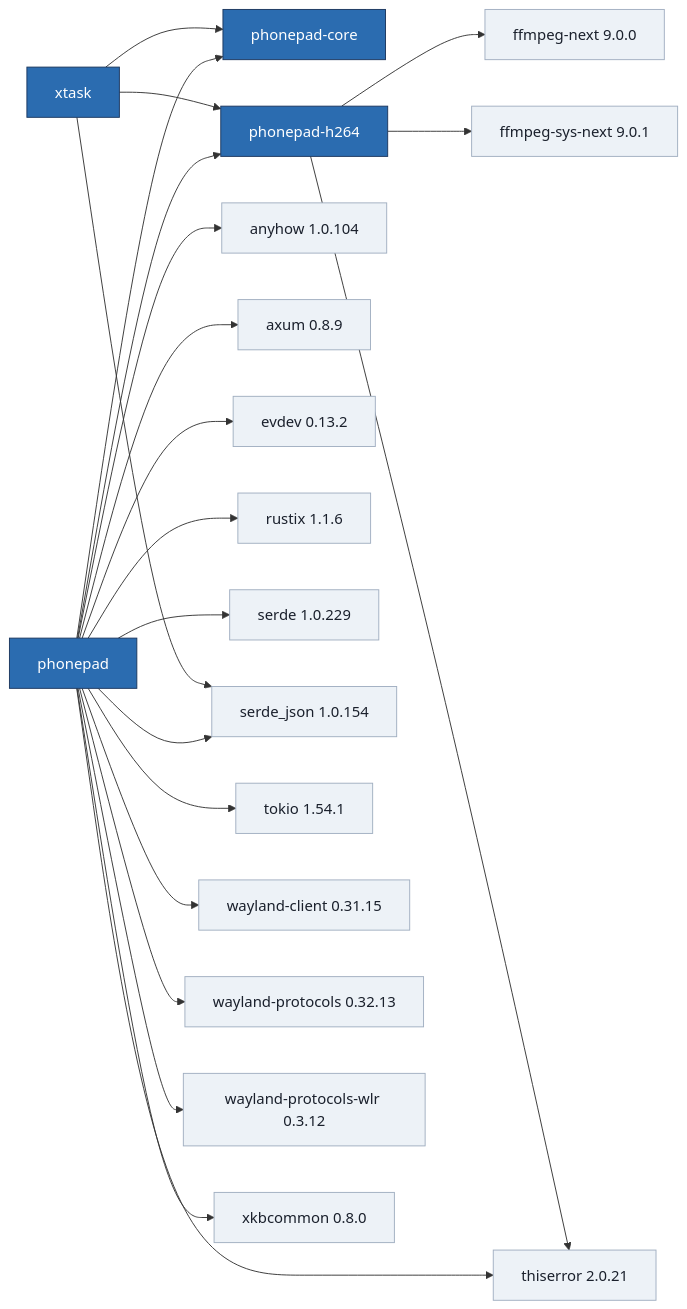
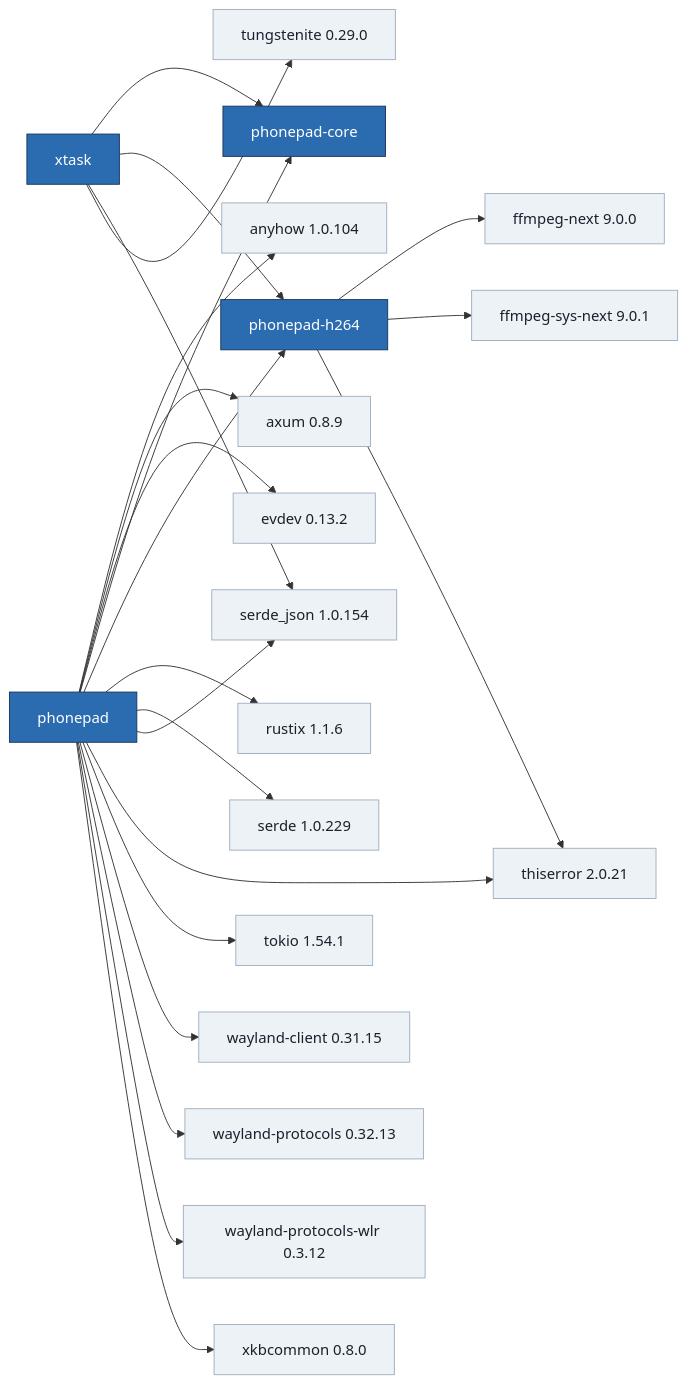
One commit to igouss/phonepad changed the diagram in docs/views/crate-graph.mmd. Above: the diagram before and after it, drawn with Mermaid. The commit also changed 11 other files, not shown here.

```diff
--- a/docs/views/crate-graph.mmd
+++ b/docs/views/crate-graph.mmd
@@ -1,41 +1,43 @@
 flowchart LR
   classDef workspace fill:#2b6cb0,stroke:#1a365d,color:#ffffff
   classDef external fill:#edf2f7,stroke:#a0aec0,color:#1a202c
   c_phonepad["phonepad"]:::workspace
   c_phonepad_core["phonepad-core"]:::workspace
   c_phonepad_h264["phonepad-h264"]:::workspace
   c_xtask["xtask"]:::workspace
   c_anyhow_1_0_104["anyhow 1.0.104"]:::external
   c_axum_0_8_9["axum 0.8.9"]:::external
   c_evdev_0_13_2["evdev 0.13.2"]:::external
   c_ffmpeg_next_9_0_0["ffmpeg-next 9.0.0"]:::external
   c_ffmpeg_sys_next_9_0_1["ffmpeg-sys-next 9.0.1"]:::external
   c_rustix_1_1_6["rustix 1.1.6"]:::external
   c_serde_1_0_229["serde 1.0.229"]:::external
   c_serde_json_1_0_154["serde_json 1.0.154"]:::external
   c_thiserror_2_0_21["thiserror 2.0.21"]:::external
   c_tokio_1_54_1["tokio 1.54.1"]:::external
+  c_tungstenite_0_29_0["tungstenite 0.29.0"]:::external
   c_wayland_client_0_31_15["wayland-client 0.31.15"]:::external
   c_wayland_protocols_0_32_13["wayland-protocols 0.32.13"]:::external
   c_wayland_protocols_wlr_0_3_12["wayland-protocols-wlr 0.3.12"]:::external
   c_xkbcommon_0_8_0["xkbcommon 0.8.0"]:::external
   c_phonepad --> c_anyhow_1_0_104
   c_phonepad --> c_axum_0_8_9
   c_phonepad --> c_evdev_0_13_2
   c_phonepad --> c_phonepad_core
   c_phonepad --> c_phonepad_h264
   c_phonepad --> c_rustix_1_1_6
   c_phonepad --> c_serde_1_0_229
   c_phonepad --> c_serde_json_1_0_154
   c_phonepad --> c_thiserror_2_0_21
   c_phonepad --> c_tokio_1_54_1
   c_phonepad --> c_wayland_client_0_31_15
   c_phonepad --> c_wayland_protocols_0_32_13
   c_phonepad --> c_wayland_protocols_wlr_0_3_12
   c_phonepad --> c_xkbcommon_0_8_0
   c_phonepad_h264 --> c_ffmpeg_next_9_0_0
   c_phonepad_h264 --> c_ffmpeg_sys_next_9_0_1
   c_phonepad_h264 --> c_thiserror_2_0_21
   c_xtask --> c_phonepad_core
   c_xtask --> c_phonepad_h264
   c_xtask --> c_serde_json_1_0_154
+  c_xtask --> c_tungstenite_0_29_0
```
